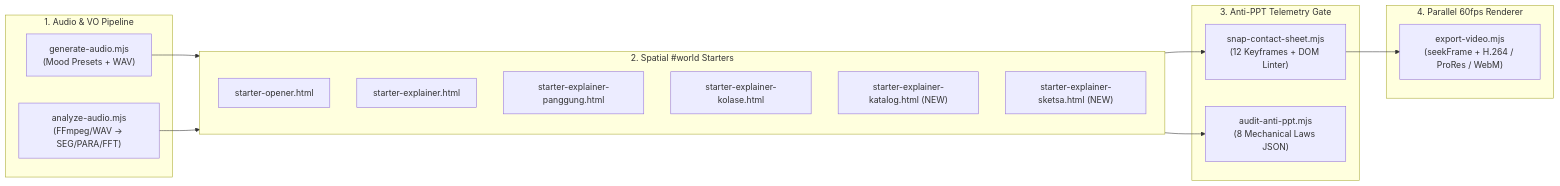
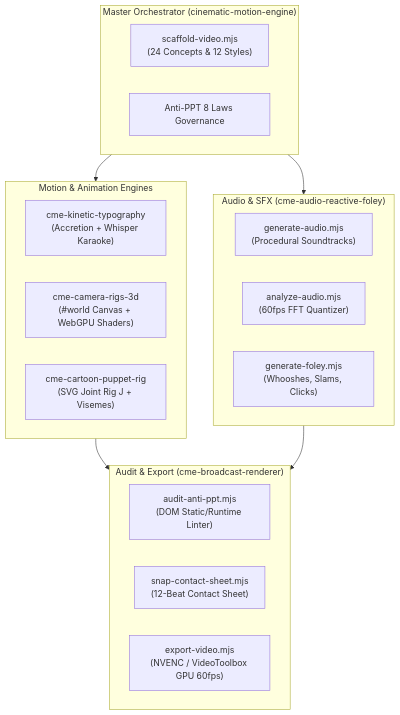
Before and after one commit to roedyrustam/cinematic-motion-engine: the diagram in BLUEPRINT.md, drawn with Mermaid. The commit also changed other lines of this file and 41 other files, not shown here.

First line of the commit message:
feat: upgrade to Cinematic Motion Engine v3.0 modular suite

````diff
--- a/BLUEPRINT.md
+++ b/BLUEPRINT.md
@@ -11,31 +10,30 @@
 ```mermaid
-flowchart LR
-    subgraph Audio["1. Audio & VO Pipeline"]
-        GA["generate-audio.mjs\n(Mood Presets + WAV)"]
-        AA["analyze-audio.mjs\n(FFmpeg/WAV -> SEG/PARA/FFT)"]
+flowchart TD
+    subgraph Master["Master Orchestrator (cinematic-motion-engine)"]
+        SC["scaffold-video.mjs\n(24 Concepts & 12 Styles)"]
+        PR["Anti-PPT 8 Laws Governance"]
     end
 
-    subgraph Starters["2. Spatial #world Starters"]
-        S1["starter-opener.html"]
-        S2["starter-explainer.html"]
-        S3["starter-explainer-panggung.html"]
-        S4["starter-explainer-kolase.html"]
-        S5["starter-explainer-katalog.html (NEW)"]
-        S6["starter-explainer-sketsa.html (NEW)"]
+    subgraph AudioSuite["Audio & SFX (cme-audio-reactive-foley)"]
+        GA["generate-audio.mjs\n(Procedural Soundtracks)"]
+        AA["analyze-audio.mjs\n(60fps FFT Quantizer)"]
+        GF["generate-foley.mjs\n(Whooshes, Slams, Clicks)"]
     end
 
-    subgraph Audit["3. Anti-PPT Telemetry Gate"]
-        SC["snap-contact-sheet.mjs\n(12 Keyframes + DOM Linter)"]
-        AU["audit-anti-ppt.mjs\n(8 Mechanical Laws JSON)"]
+    subgraph VisualSuite["Motion & Animation Engines"]
+        TYP["cme-kinetic-typography\n(Accretion + Whisper Karaoke)"]
+        CAM["cme-camera-rigs-3d\n(#world Canvas + WebGPU Shaders)"]
+        PUP["cme-cartoon-puppet-rig\n(SVG Joint Rig J + Visemes)"]
     end
 
-    subgraph Export["4. Parallel 60fps Renderer"]
-        EX["export-video.mjs\n(seekFrame + H.264 / ProRes / WebM)"]
+    subgraph RenderGate["Audit & Export (cme-broadcast-renderer)"]
+        AUD["audit-anti-ppt.mjs\n(DOM Static/Runtime Linter)"]
+        SNP["snap-contact-sheet.mjs\n(12-Beat Contact Sheet)"]
+        EXP["export-video.mjs\n(NVENC / VideoToolbox GPU 60fps)"]
     end
 
-    GA --> Starters
-    AA --> Starters
-    Starters --> SC
-    Starters --> AU
-    SC --> EX
+    Master --> AudioSuite
+    Master --> VisualSuite
+    VisualSuite --> RenderGate
+    AudioSuite --> RenderGate
 ```
````
